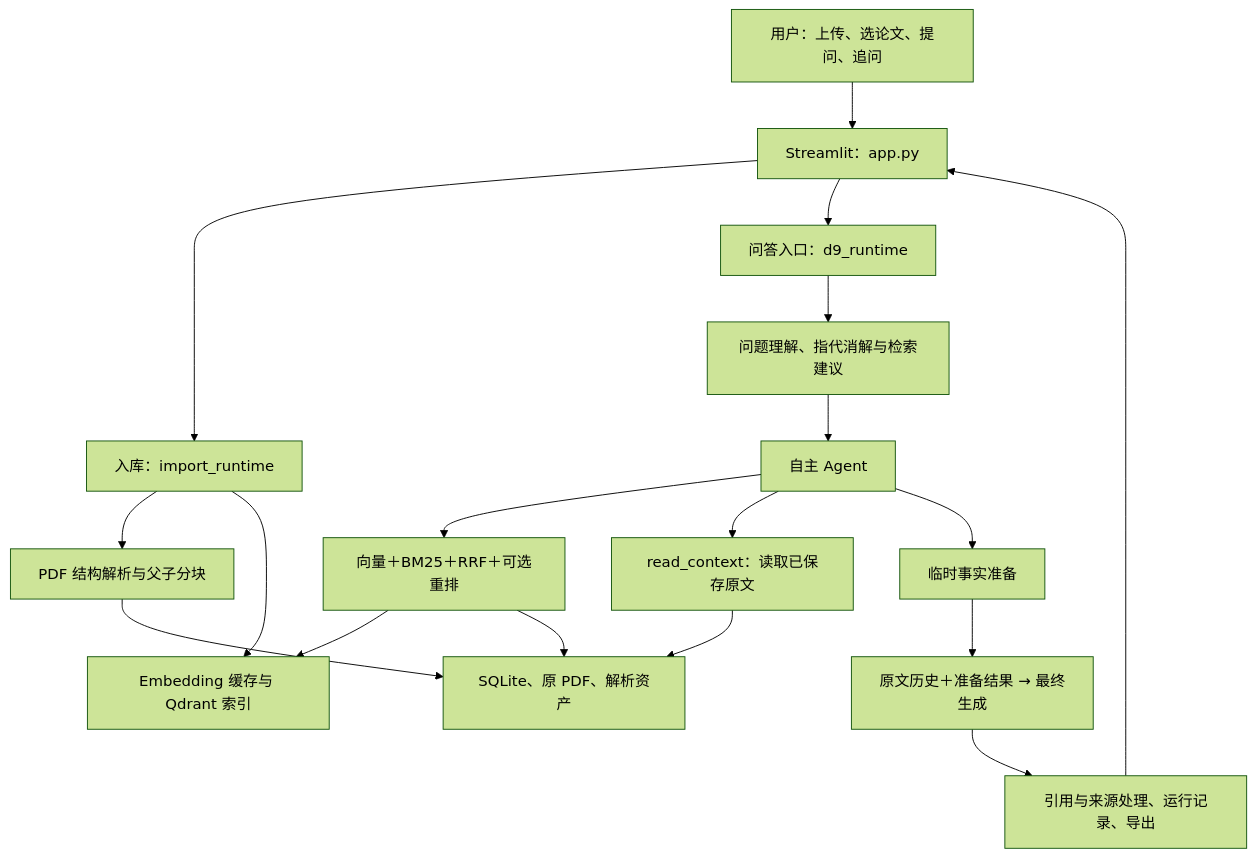
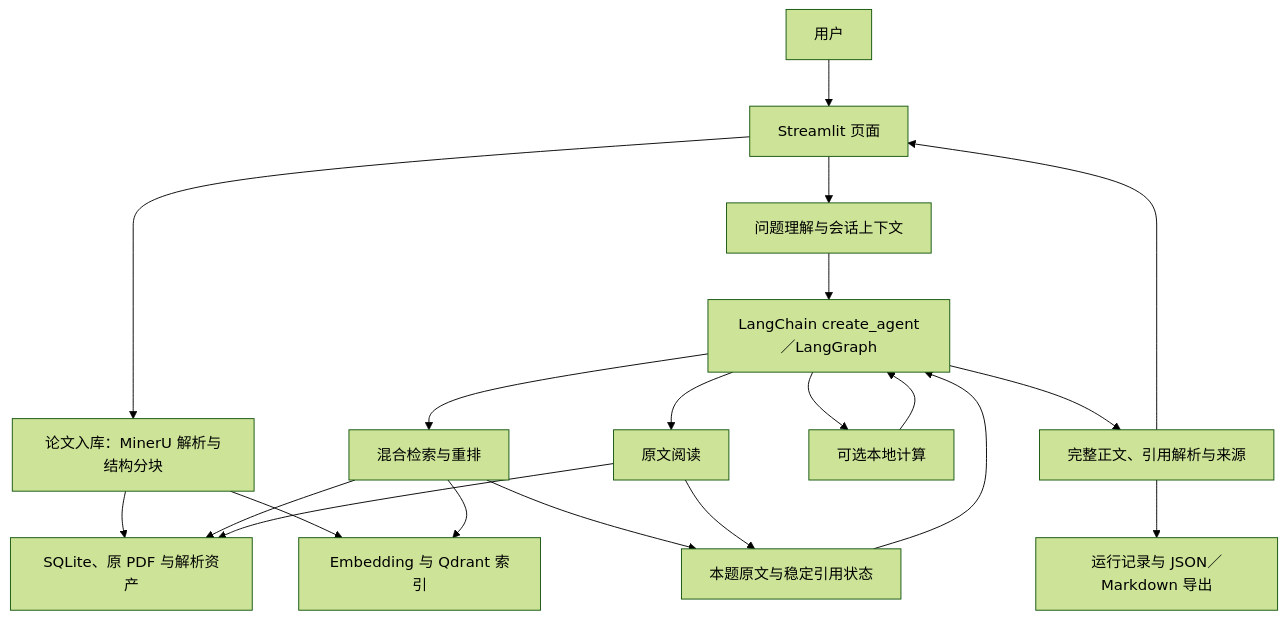
The diagram in docs/v3/plan.md (FateSRL/paper-research-assistant), drawn with Mermaid (forest theme) before and after one commit. The commit also changed other lines of this file and 238 other files, not shown here.

Commit message:
Update Agent runtime, RAG evaluation, and PDF citations

````diff
--- a/docs/v3/plan.md
+++ b/docs/v3/plan.md
@@ -31,20 +35,22 @@
 ```mermaid
 flowchart TD
-    U[用户：上传、选论文、提问、追问] --> UI[Streamlit：app.py]
-    UI --> I[入库：import_runtime]
-    I --> P[PDF 结构解析与父子分块]
-    P --> S[SQLite、原 PDF、解析资产]
-    I --> V[Embedding 缓存与 Qdrant 索引]
-    UI --> R[问答入口：d9_runtime]
-    R --> C[问题理解、指代消解与检索建议]
-    C --> A[自主 Agent]
-    A --> H[向量＋BM25＋RRF＋可选重排]
+    U[用户] --> UI[Streamlit 页面]
+    UI --> I[论文入库：MinerU 解析与结构分块]
+    I --> S[SQLite、原 PDF 与解析资产]
+    I --> V[Embedding 与 Qdrant 索引]
+    UI --> C[问题理解与会话上下文]
+    C --> A[LangChain create_agent／LangGraph]
+    A --> H[混合检索与重排]
     H --> V
     H --> S
-    A --> D[read_context：读取已保存原文]
-    D --> S
-    A --> F[临时事实准备]
-    F --> G[原文历史＋准备结果 → 最终生成]
-    G --> Q[引用与来源处理、运行记录、导出]
-    Q --> UI
+    A --> R[原文阅读]
+    R --> S
+    H --> E[本题原文与稳定引用状态]
+    R --> E
+    E --> A
+    A --> J[可选本地计算]
+    J --> A
+    A --> O[完整正文、引用解析与来源]
+    O --> UI
+    O --> X[运行记录与 JSON／Markdown 导出]
 ```
````
